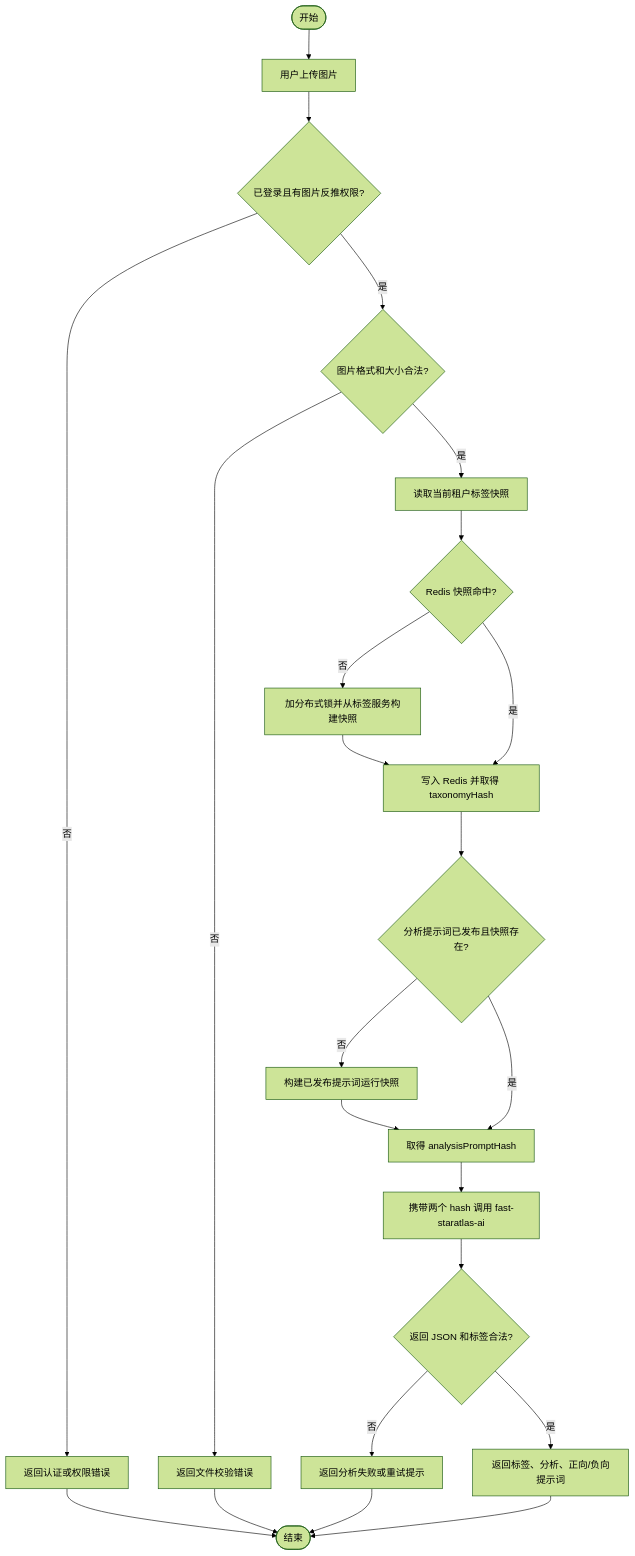
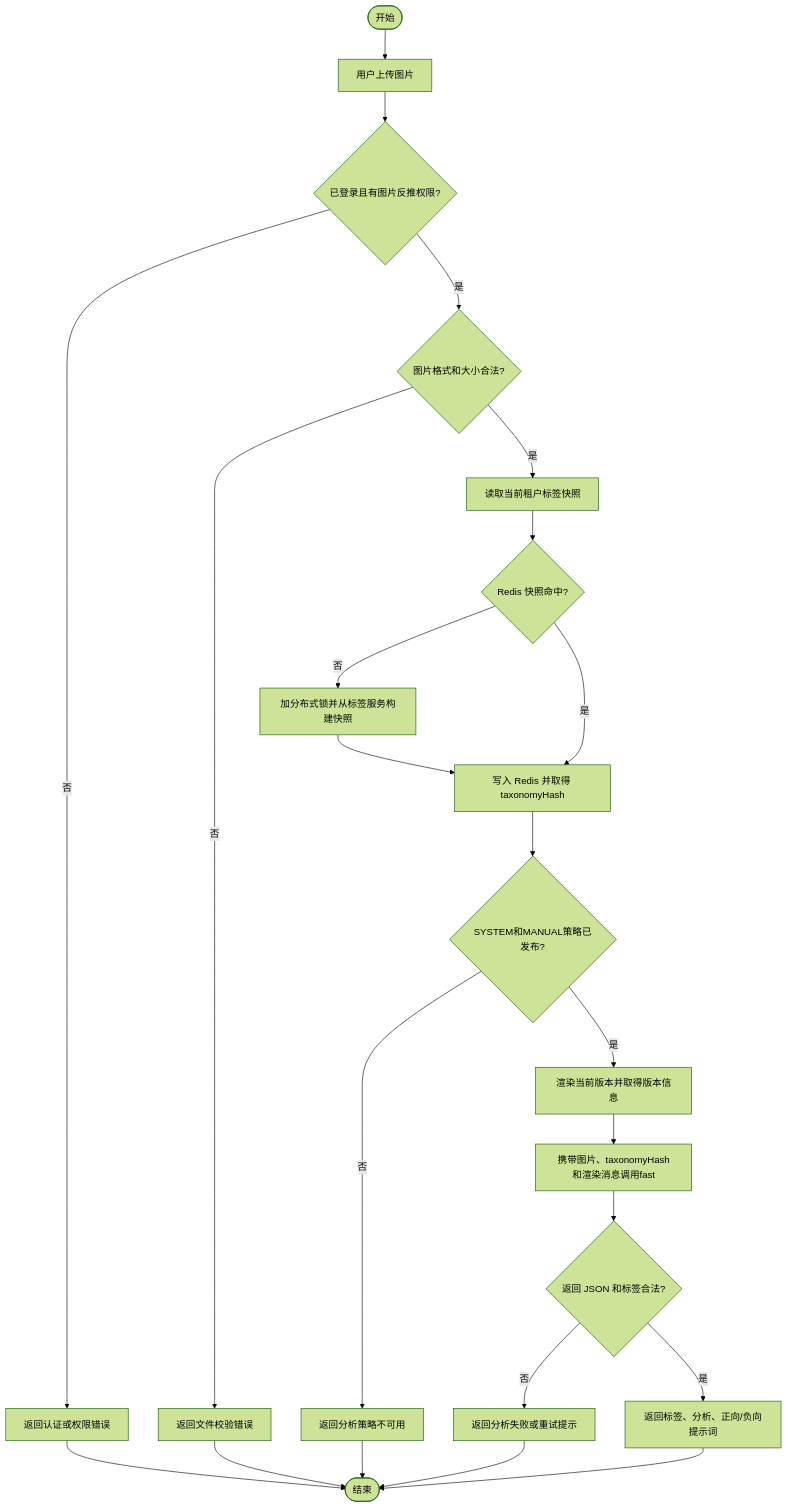
One commit to anInterestingName/SpringBlade changed the diagram in doc/requirements/REQ-2026-004-image-prompt-reverse.md. Above: the diagram before and after it, drawn with Mermaid (forest theme). The commit also changed other lines of this file and 110 other files, not shown here.

```diff
--- a/doc/requirements/REQ-2026-004-image-prompt-reverse.md
+++ b/doc/requirements/REQ-2026-004-image-prompt-reverse.md
@@ -98,25 +101,25 @@
 ~~~mermaid
 flowchart TD
     A([开始]) --> B[用户上传图片]
     B --> C{已登录且有图片反推权限?}
     C -- 否 --> D[返回认证或权限错误]
     D --> Z([结束])
     C -- 是 --> E{图片格式和大小合法?}
     E -- 否 --> F[返回文件校验错误]
     F --> Z
     E -- 是 --> G[读取当前租户标签快照]
     G --> H{Redis 快照命中?}
     H -- 否 --> I[加分布式锁并从标签服务构建快照]
     I --> J[写入 Redis 并取得 taxonomyHash]
     H -- 是 --> J
-    J --> O{分析提示词已发布且快照存在?}
-    O -- 否 --> P[构建已发布提示词运行快照]
-    P --> Q[取得 analysisPromptHash]
-    O -- 是 --> Q
-    Q --> K[携带两个 hash 调用 fast-staratlas-ai]
+    J --> O{SYSTEM和MANUAL策略已发布?}
+    O -- 否 --> P[返回分析策略不可用]
+    P --> Z
+    O -- 是 --> Q[渲染当前版本并取得版本信息]
+    Q --> K[携带图片、taxonomyHash和渲染消息调用fast]
     K --> L{返回 JSON 和标签合法?}
     L -- 否 --> M[返回分析失败或重试提示]
     M --> Z
     L -- 是 --> N[返回标签、分析、正向/负向提示词]
     N --> Z
 ~~~
```
